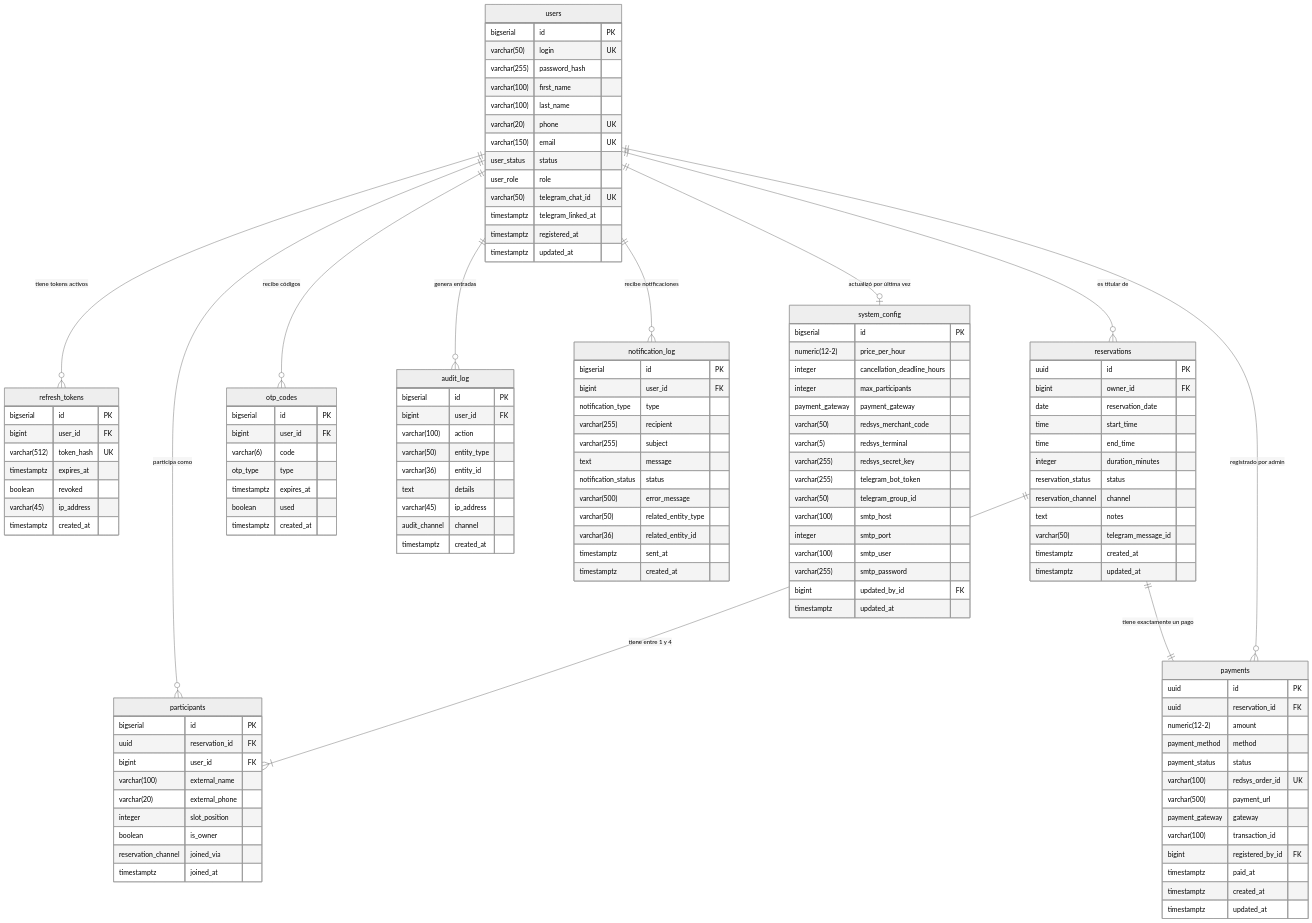
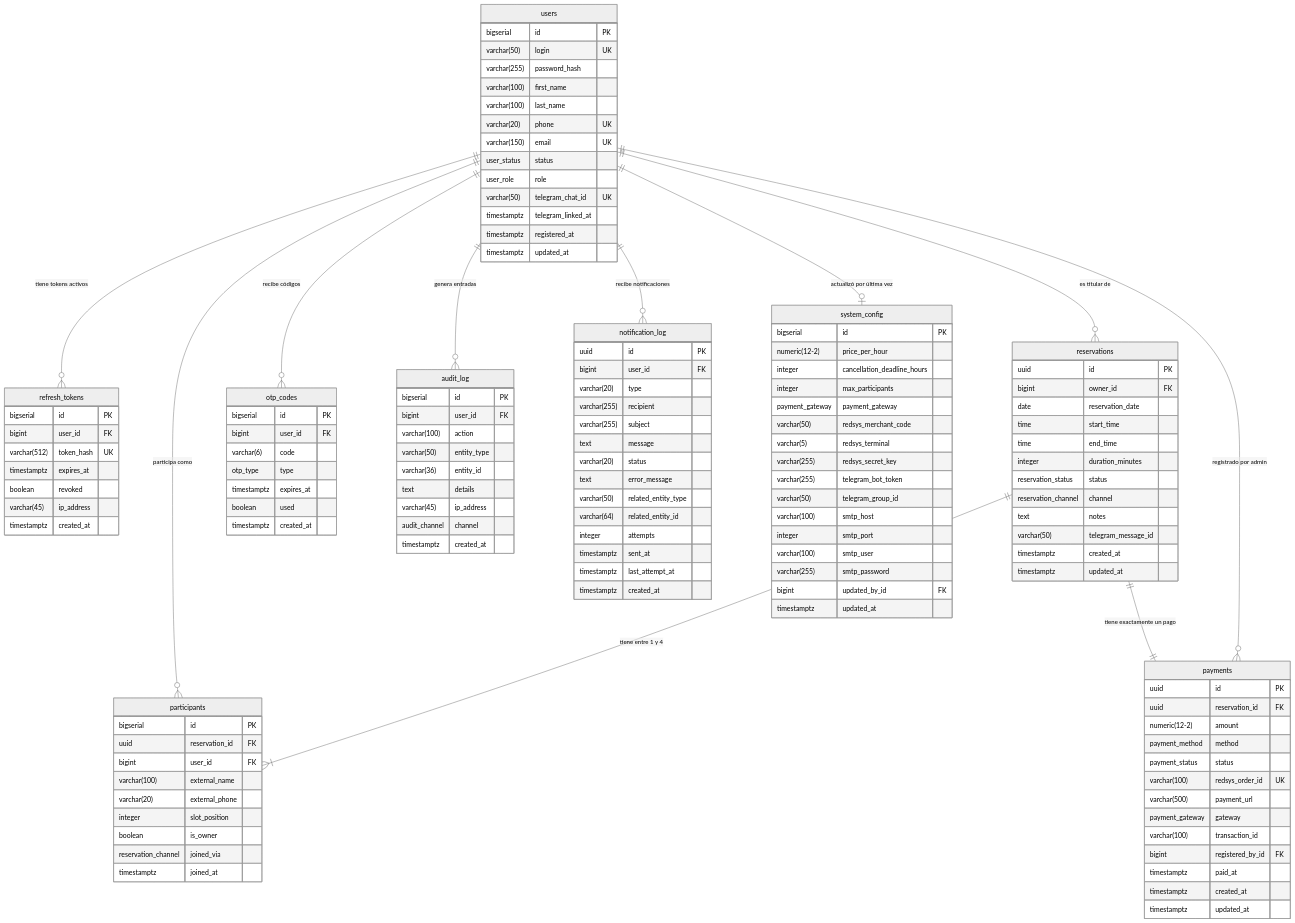
The diagram in docs/data-model.md (lcasadov/PadelPro), drawn with Mermaid (neutral theme) before and after one commit. The commit also changed other lines of this file and 7 other files, not shown here.

```diff
--- a/docs/data-model.md
+++ b/docs/data-model.md
@@ -131,17 +131,19 @@
     }
 
     notification_log {
-        bigserial id PK
+        uuid id PK
         bigint user_id FK
-        notification_type type
+        varchar(20) type
         varchar(255) recipient
         varchar(255) subject
         text message
-        notification_status status
-        varchar(500) error_message
+        varchar(20) status
+        text error_message
         varchar(50) related_entity_type
-        varchar(36) related_entity_id
+        varchar(64) related_entity_id
+        integer attempts
         timestamptz sent_at
+        timestamptz last_attempt_at
         timestamptz created_at
     }
 
```
